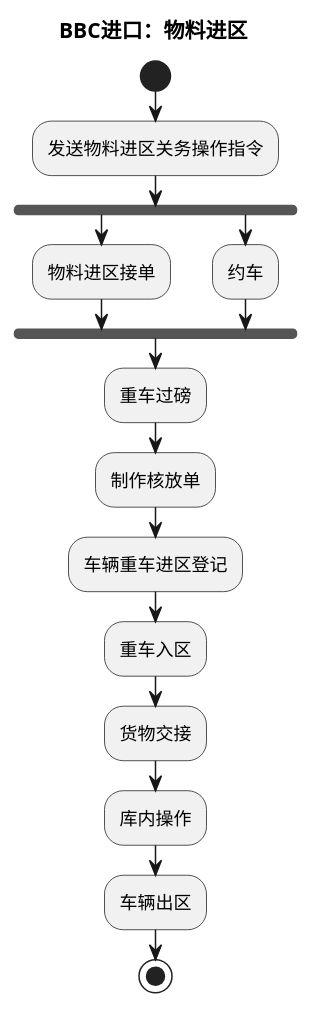
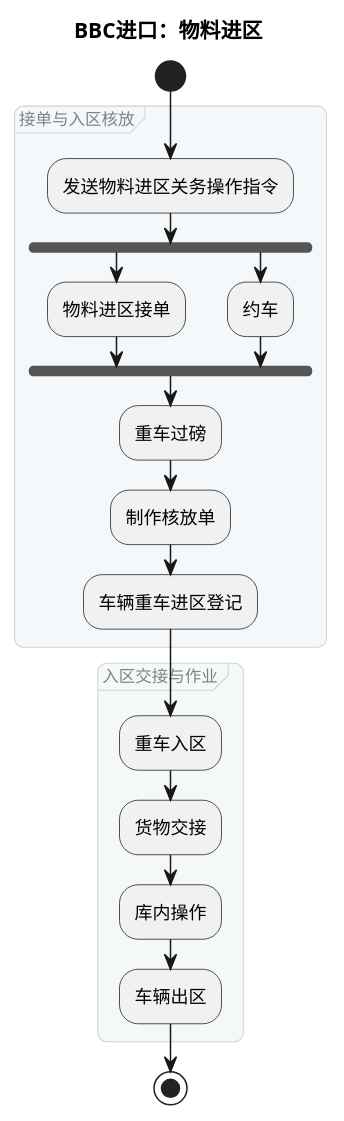
The tenth of 12 diagrams in product-caliber/goldjet/segmented-prd/mainflow/PRD.高捷物流系统一期.主流程.06.跨境电商BBC进口详细流程.md (jack888332/projects-doc), drawn with PlantUML before and after one commit. The commit also changed other lines of this file and 16 other files, not shown here.

Commit message:
给DSL图分组

````diff
--- a/product-caliber/goldjet/segmented-prd/mainflow/PRD.高捷物流系统一期.主流程.06.跨境电商BBC进口详细流程.md
+++ b/product-caliber/goldjet/segmented-prd/mainflow/PRD.高捷物流系统一期.主流程.06.跨境电商BBC进口详细流程.md
@@ -385,21 +535,37 @@
 ```plantuml
 @startuml
 skinparam activityDiamondBackgroundColor #FFF4CC
+<style>
+activityDiagram {
+  group {
+    LineColor #CAD5DA
+    LineThickness 0.7
+    RoundCorner 12
+    FontColor #78848D
+    FontSize 11
+    FontStyle plain
+  }
+}
+</style>
 title BBC进口：物料进区
 start
+group 接单与入区核放 #F4F8FA {
 :发送物料进区关务操作指令;
 fork
   :物料进区接单;
 fork again
   :约车;
 end fork
 :重车过磅;
 :制作核放单;
 :车辆重车进区登记;
+}
+group 入区交接与作业 #F5F9F6 {
 :重车入区;
 :货物交接;
 :库内操作;
 :车辆出区;
+}
 stop
 @enduml
 ```
````
